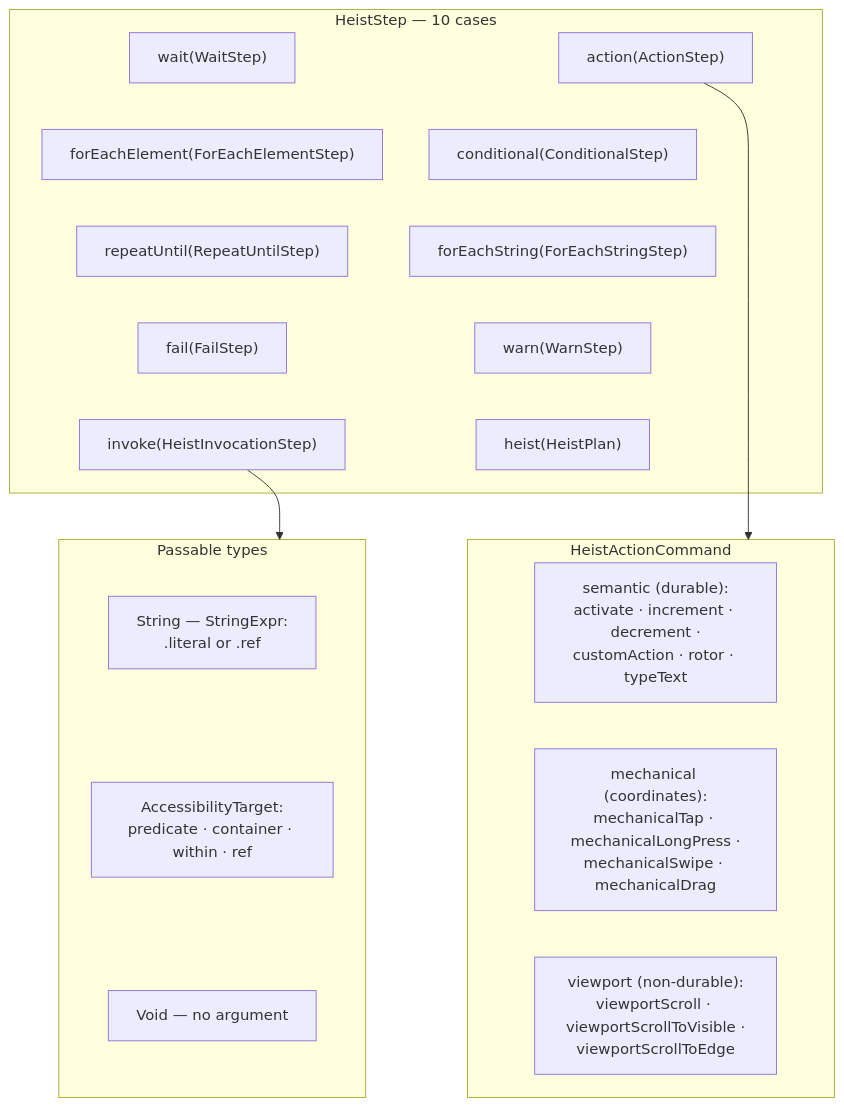
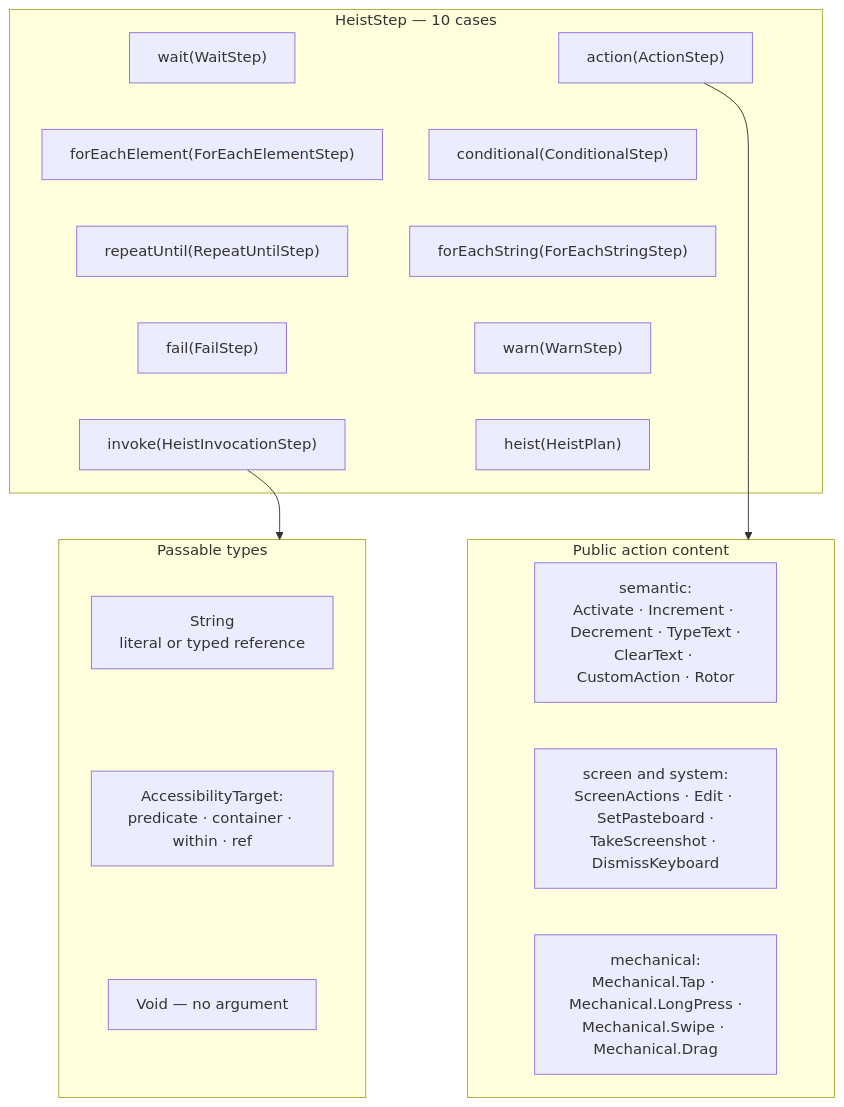
The first of 2 diagrams in docs/diagrams/dsl-grammar.md (RoyalPineapple/TheButtonHeist), drawn with Mermaid before and after one commit. The commit also changed other lines of this file and 16 other files, not shown here.

Commit message:
Lock canonical pipeline architecture shape

````diff
--- a/docs/diagrams/dsl-grammar.md
+++ b/docs/diagrams/dsl-grammar.md
@@ -9,44 +9,44 @@
 ```mermaid
 flowchart TD
     subgraph steps["HeistStep — 10 cases"]
         ACTION["action(ActionStep)"]
         WAIT["wait(WaitStep)"]
         COND["conditional(ConditionalStep)"]
         FEE["forEachElement(ForEachElementStep)"]
         FES["forEachString(ForEachStringStep)"]
         RU["repeatUntil(RepeatUntilStep)"]
         WARNS["warn(WarnStep)"]
         FAILS["fail(FailStep)"]
         NESTED["heist(HeistPlan)"]
         INVOKE["invoke(HeistInvocationStep)"]
         ACTION ~~~ COND
         COND ~~~ FES
         FES ~~~ WARNS
         WARNS ~~~ NESTED
         WAIT ~~~ FEE
         FEE ~~~ RU
         RU ~~~ FAILS
         FAILS ~~~ INVOKE
     end
 
-    subgraph commands["HeistActionCommand"]
-        SEMANTIC["semantic (durable):<br/>activate · increment · decrement ·<br/>customAction · rotor · typeText"]
-        MECH["mechanical (coordinates):<br/>mechanicalTap · mechanicalLongPress ·<br/>mechanicalSwipe · mechanicalDrag"]
-        VIEWPORT["viewport (non-durable):<br/>viewportScroll · viewportScrollToVisible ·<br/>viewportScrollToEdge"]
-        SEMANTIC ~~~ MECH
-        MECH ~~~ VIEWPORT
+    subgraph commands["Public action content"]
+        SEMANTIC["semantic:<br/>Activate · Increment · Decrement · TypeText ·<br/>ClearText · CustomAction · Rotor"]
+        SYSTEM["screen and system:<br/>ScreenActions · Edit · SetPasteboard ·<br/>TakeScreenshot · DismissKeyboard"]
+        MECH["mechanical:<br/>Mechanical.Tap · Mechanical.LongPress ·<br/>Mechanical.Swipe · Mechanical.Drag"]
+        SEMANTIC ~~~ SYSTEM
+        SYSTEM ~~~ MECH
     end
 
     subgraph passables["Passable types"]
-        PSTR["String — StringExpr:<br/>.literal or .ref"]
+        PSTR["String<br/>literal or typed reference"]
         PTGT["AccessibilityTarget:<br/>predicate · container · within · ref"]
         PVOID["Void — no argument"]
         PSTR ~~~ PTGT
         PTGT ~~~ PVOID
     end
 
     NESTED ~~~ SEMANTIC
     INVOKE ~~~ PSTR
     ACTION --> commands
     INVOKE --> passables
 ```
````
